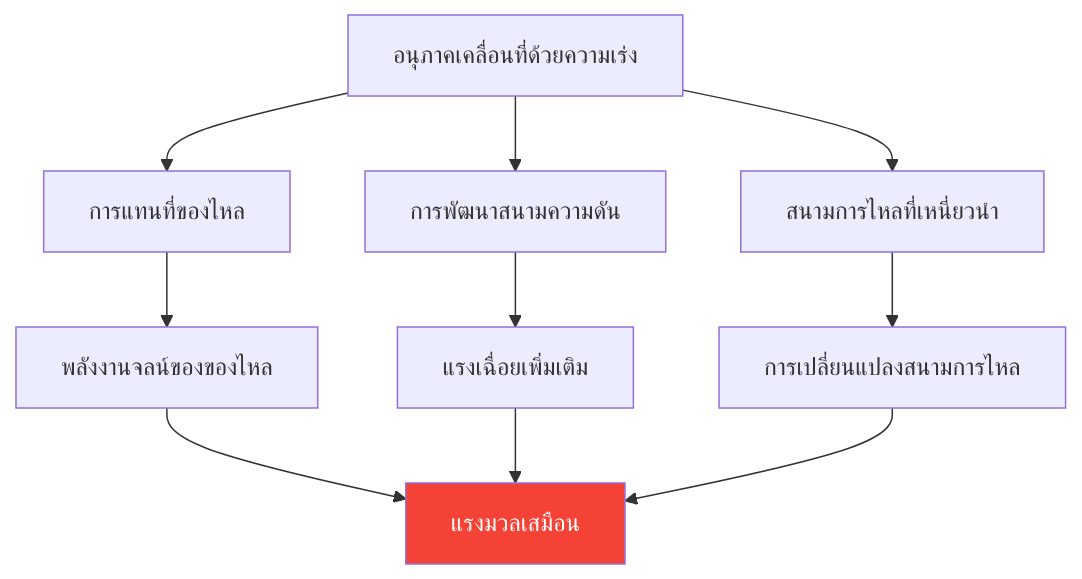
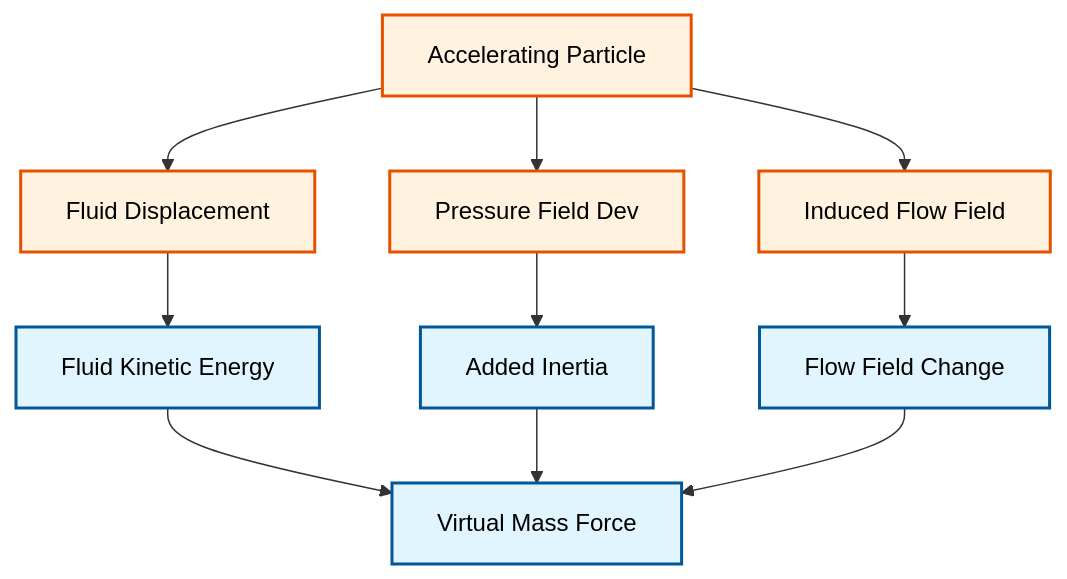
One commit to wramet/build-my-cfd changed the second of 2 diagrams in MODULE_04_MULTIPHASE_FUNDAMENTALS/CONTENT/06_VIRTUAL_MASS/00_Overview.md. Above: the diagram before and after it, drawn with Mermaid. The commit also changed other lines of this file and 313 other files, not shown here.

Commit message:
Revise all diagram

````diff
--- a/MODULE_04_MULTIPHASE_FUNDAMENTALS/CONTENT/06_VIRTUAL_MASS/00_Overview.md
+++ b/MODULE_04_MULTIPHASE_FUNDAMENTALS/CONTENT/06_VIRTUAL_MASS/00_Overview.md
@@ -55,16 +52,16 @@
 ```mermaid
 flowchart TD
-    A[อนุภาคเคลื่อนที่ด้วยความเร่ง] --> B[การแทนที่ของไหล]
-    A --> C[การพัฒนาสนามความดัน]
-    A --> D[สนามการไหลที่เหนี่ยวนำ]
+classDef implicit fill:#e1f5fe,stroke:#01579b,stroke-width:2px,color:#000
+classDef explicit fill:#fff3e0,stroke:#e65100,stroke-width:2px,color:#000
+A["Accelerating Particle"]:::explicit --> B["Fluid Displacement"]:::explicit
+A --> C["Pressure Field Dev"]:::explicit
+A --> D["Induced Flow Field"]:::explicit
 
-    B --> E[พลังงานจลน์ของของไหล]
-    C --> F[แรงเฉื่อยเพิ่มเติม]
-    D --> G[การเปลี่ยนแปลงสนามการไหล]
+B --> E["Fluid Kinetic Energy"]:::implicit
+C --> F["Added Inertia"]:::implicit
+D --> G["Flow Field Change"]:::implicit
 
-    E --> H[แรงมวลเสมือน]
-    F --> H
-    G --> H
-
-    style H fill:#f44336,color:#fff
+E --> H["Virtual Mass Force"]:::implicit
+F --> H
+G --> H
 ```
````
